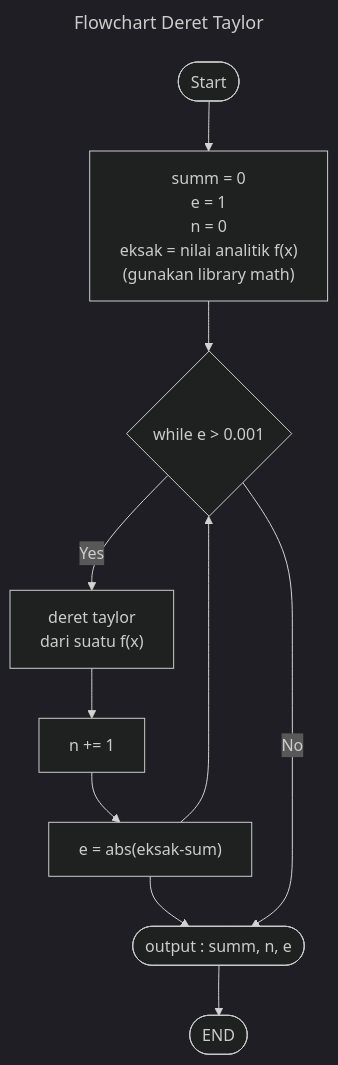
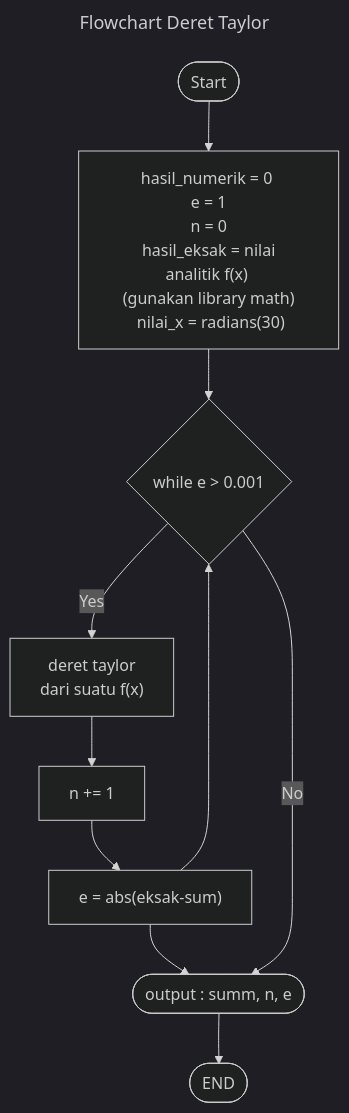
The diagram in Modul-1/Flowchart-Deret-Taylor.md (aslabkomfis/Komputasi-Numerik-24-25), drawn with Mermaid (dark theme) before and after one commit.

````diff
--- a/Modul-1/Flowchart-Deret-Taylor.md
+++ b/Modul-1/Flowchart-Deret-Taylor.md
@@ -1,15 +1,15 @@
 ```mermaid
 ---
 title : Flowchart Deret Taylor 
 ---
 flowchart TD
-    A([Start]) --> B["summ = 0 <br> e = 1 <br> n = 0 <br> eksak = nilai analitik f(x) <br> (gunakan library math)"]
+    A([Start]) --> B["hasil_numerik = 0 <br> e = 1 <br> n = 0 <br> hasil_eksak = nilai analitik f(x) <br> (gunakan library math) <br> nilai_x = radians(30)"]
     B --> D{while e > 0.001 }
     D -->|Yes| E["deret taylor <br> dari suatu f(x)"]
     E --> F["n += 1"]
     F --> G["e = abs(eksak-sum)"]
     G --> H["output : summ, n, e"]
     G --> D
     D -->|No| H(["output : summ, n, e"])
     H --> Z([END])
 ```
````
